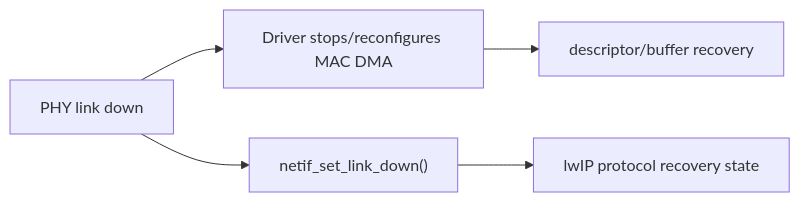
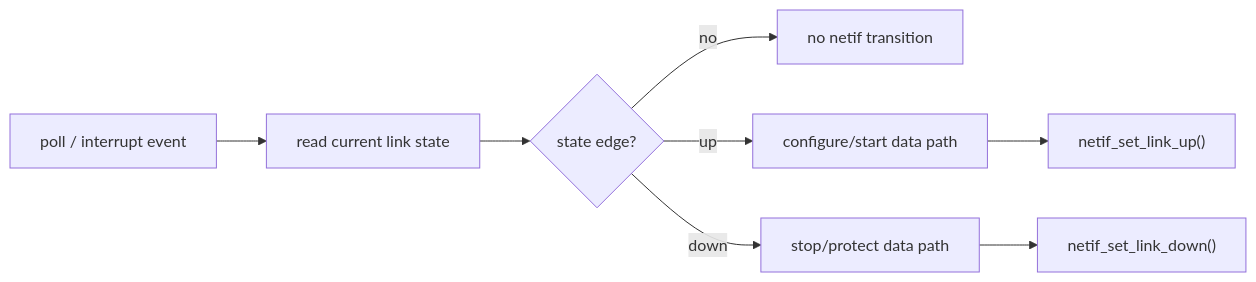
The sixth of 6 diagrams in docs/22-phy-link-autoneg.md (wdfk-prog/lwIP-Source-Lab), drawn with Mermaid before and after one commit. The commit also changed other lines of this file and 49 other files, not shown here.

````diff
--- a/docs/22-phy-link-autoneg.md
+++ b/docs/22-phy-link-autoneg.md
@@ -428,7 +246,10 @@
 ```mermaid
 flowchart LR
-    A["PHY link down"] --> B["Driver stops/reconfigures MAC DMA"]
-    A --> C["netif_set_link_down()"]
-    B --> D["descriptor/buffer recovery"]
-    C --> E["lwIP protocol recovery state"]
+    A["poll / interrupt event"] --> B["read current link state"]
+    B --> C{"state edge?"}
+    C -- "no" --> D["no netif transition"]
+    C -- "up" --> E["configure/start data path"]
+    E --> F["netif_set_link_up()"]
+    C -- "down" --> G["stop/protect data path"]
+    G --> H["netif_set_link_down()"]
 ```
````
